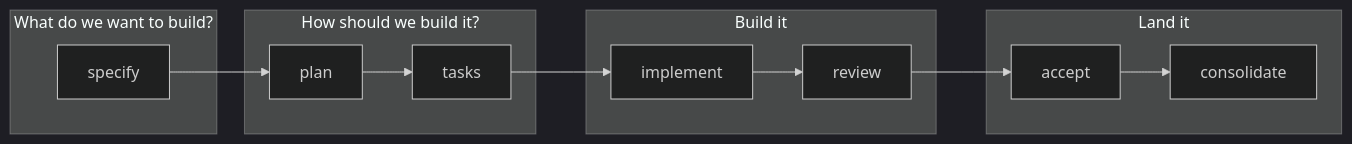
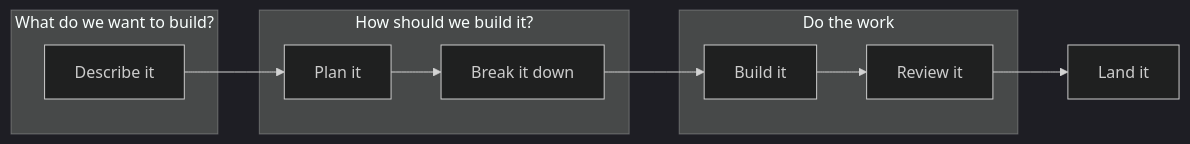
One commit to sddevelopment-be/socratesbe_26_secondbrain changed the first of 4 diagrams in docs/presentations/spec-kitty-first-mission.md. Above: the diagram before and after it, drawn with Mermaid (dark theme). The commit also changed other lines of this file and 2 other files, not shown here.

First line of the commit message:
docs(presentations): fold the review squad's findings into the Spec Kitty deck

````diff
--- a/docs/presentations/spec-kitty-first-mission.md
+++ b/docs/presentations/spec-kitty-first-mission.md
@@ -63,20 +62,17 @@
 ```mermaid
-%% title: The two questions behind a Spec Kitty mission
-%% description: First answer what to build and why (specify), then how to build it (plan, then tasks). Only then do agents build it (implement and review), and you land it (accept, then consolidate).
+%% title: The two questions behind every change
+%% description: First describe what to build and why. Then decide how to build it and break it down. Only then build it, review it, and land it.
 flowchart LR
   subgraph WHAT["What do we want to build?"]
-    S[specify]
+    D[Describe it]
   end
   subgraph HOW["How should we build it?"]
-    P[plan] --> T[tasks]
+    P[Plan it] --> B[Break it down]
   end
-  subgraph BUILD["Build it"]
-    I[implement] --> R[review]
+  subgraph DO["Do the work"]
+    I[Build it] --> R[Review it]
   end
-  subgraph LAND["Land it"]
-    A[accept] --> C[consolidate]
-  end
-  S --> P
-  T --> I
-  R --> A
+  D --> P
+  B --> I
+  R --> L[Land it]
 ```
````
